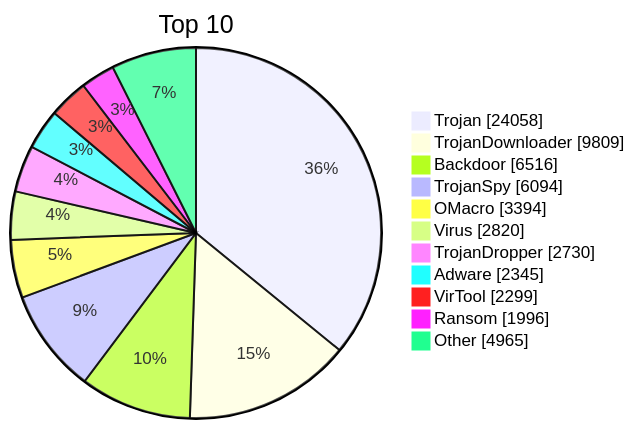
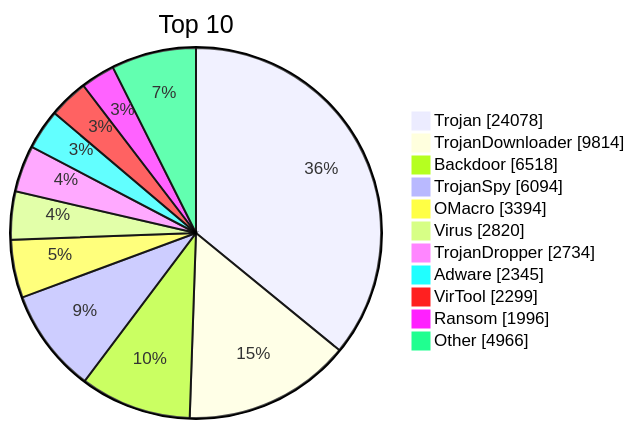
Before and after one commit to JerryLinLinLin/huorong-virdb-changelog: the diagram in README.md, drawn with Mermaid. The commit also changed other lines of this file and 15 other files, not shown here.

````diff
--- a/README.md
+++ b/README.md
@@ -19,15 +19,15 @@
 ```mermaid
 pie showData
     title Top 10
-    "Trojan" : 24058
-    "TrojanDownloader" : 9809
-    "Backdoor" : 6516
+    "Trojan" : 24078
+    "TrojanDownloader" : 9814
+    "Backdoor" : 6518
     "TrojanSpy" : 6094
     "OMacro" : 3394
     "Virus" : 2820
-    "TrojanDropper" : 2730
+    "TrojanDropper" : 2734
     "Adware" : 2345
     "VirTool" : 2299
     "Ransom" : 1996
-    "Other" : 4965
+    "Other" : 4966
 ```
````
